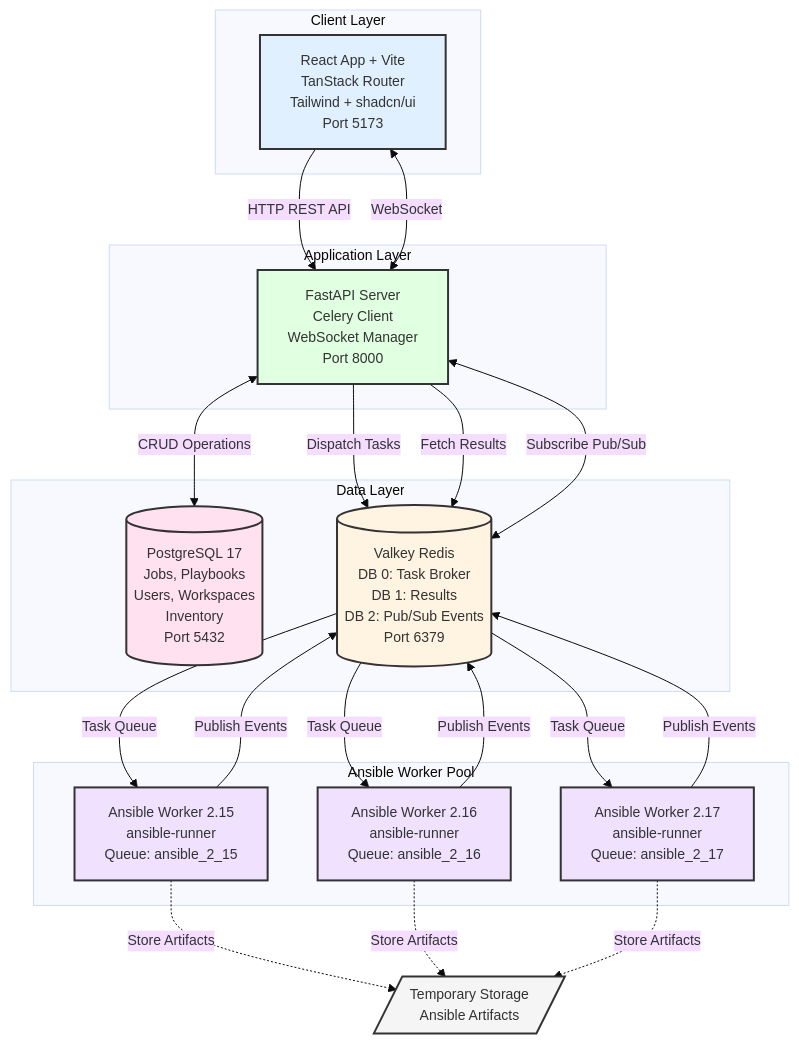
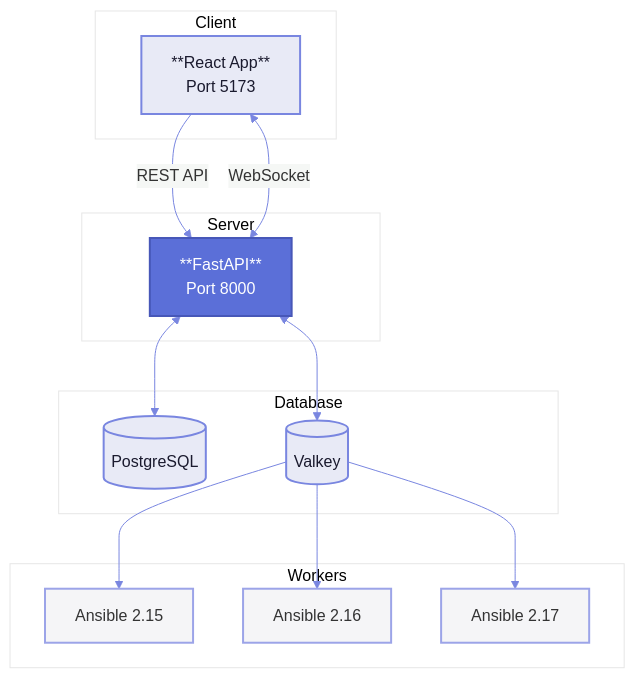
Before and after one commit to JamesTTTT/A-station: the diagram in README.md, drawn with Mermaid. The commit also changed other lines of this file, not shown here.

````diff
--- a/README.md
+++ b/README.md
@@ -17,51 +7,46 @@
 ```mermaid
-%%{init: {'theme':'base', 'themeVariables': { 'fontSize':'14px'}}}%%
-graph TB
-    subgraph Client["Client Layer"]
-        Browser[React App + Vite<br/>TanStack Router<br/>Tailwind + shadcn/ui<br/>Port 5173]
+%%{init: {
+  'theme': 'base',
+  'themeVariables': {
+    'primaryColor': '#f5f5f7',
+    'primaryTextColor': '#333333',
+    'primaryBorderColor': '#5b6fd8',
+    'lineColor': '#7986e0'
+  }
+}}%%
+
+flowchart TB
+    %% Definitions using classDef for cleaner styling %%
+    classDef primary fill:#5b6fd8,stroke:#4757b8,stroke-width:2px,color:#ffffff
+    classDef secondary fill:#e8eaf6,stroke:#7986e0,stroke-width:2px,color:#1a1a2e
+    classDef tertiary fill:#f5f5f7,stroke:#9ca4e8,stroke-width:2px,color:#333333
+    classDef plain fill:none,stroke:none,color:#333333
+
+    subgraph Client
+        Browser["**React App**<br/>Port 5173"]:::secondary
     end
 
-    subgraph Application["Application Layer"]
-        API[FastAPI Server<br/>Celery Client<br/>WebSocket Manager<br/>Port 8000]
+    subgraph Server
+        API["**FastAPI**<br/>Port 8000"]:::primary
     end
 
-    subgraph Data["Data Layer"]
-        PG[(PostgreSQL 17<br/>Jobs, Playbooks<br/>Users, Workspaces<br/>Inventory<br/>Port 5432)]
-        Valkey[(Valkey Redis<br/>DB 0: Task Broker<br/>DB 1: Results<br/>DB 2: Pub/Sub Events<br/>Port 6379)]
+    subgraph Database
+        PG[("PostgreSQL")]:::secondary
+        Redis[("Valkey")]:::secondary
     end
 
-    subgraph Workers["Ansible Worker Pool"]
-        W215[Ansible Worker 2.15<br/>ansible-runner<br/>Queue: ansible_2_15]
-        W216[Ansible Worker 2.16<br/>ansible-runner<br/>Queue: ansible_2_16]
-        W217[Ansible Worker 2.17<br/>ansible-runner<br/>Queue: ansible_2_17]
+    subgraph Workers
+        W1["Ansible 2.15"]:::tertiary
+        W2["Ansible 2.16"]:::tertiary
+        W3["Ansible 2.17"]:::tertiary
     end
 
-    Browser -->|HTTP REST API| API
+    %% Connections %%
+    Browser -->|REST API| API
     Browser <-->|WebSocket| API
-
-    API <-->|CRUD Operations| PG
-    API -->|Dispatch Tasks| Valkey
-    API -->|Fetch Results| Valkey
-    API <-->|Subscribe Pub/Sub| Valkey
-
-    Valkey -->|Task Queue| W215
-    Valkey -->|Task Queue| W216
-    Valkey -->|Task Queue| W217
-
-    W215 -->|Publish Events| Valkey
-    W216 -->|Publish Events| Valkey
-    W217 -->|Publish Events| Valkey
-
-    W215 -.->|Store Artifacts| Storage[/Temporary Storage<br/>Ansible Artifacts/]
-    W216 -.->|Store Artifacts| Storage
-    W217 -.->|Store Artifacts| Storage
-
-    style Browser fill:#e1f0ff,stroke:#333,stroke-width:2px
-    style API fill:#e1ffe1,stroke:#333,stroke-width:2px
-    style PG fill:#ffe1f0,stroke:#333,stroke-width:2px
-    style Valkey fill:#fff4e1,stroke:#333,stroke-width:2px
-    style W215 fill:#f0e1ff,stroke:#333,stroke-width:2px
-    style W216 fill:#f0e1ff,stroke:#333,stroke-width:2px
-    style W217 fill:#f0e1ff,stroke:#333,stroke-width:2px
-    style Storage fill:#f5f5f5,stroke:#333,stroke-width:2px
+    API <--> PG
+    API <--> Redis
+    Redis --> W1
+    Redis --> W2
+    Redis --> W3
 ```
````
